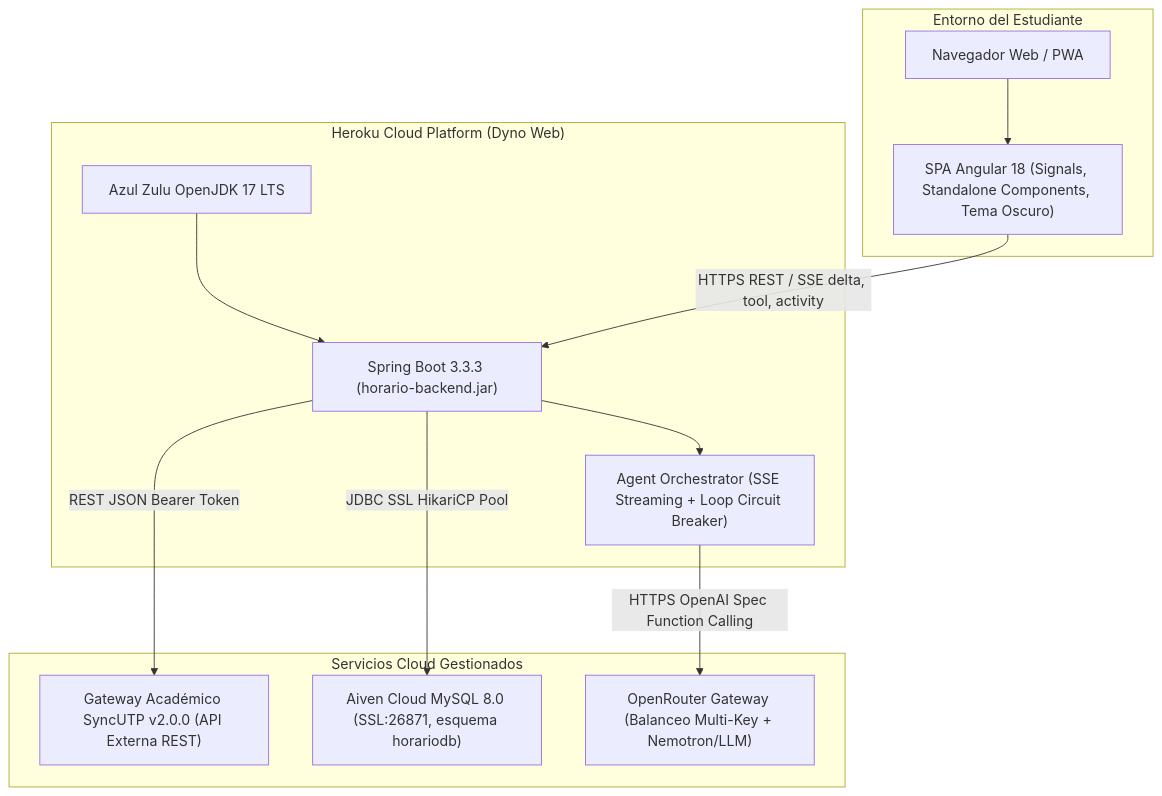
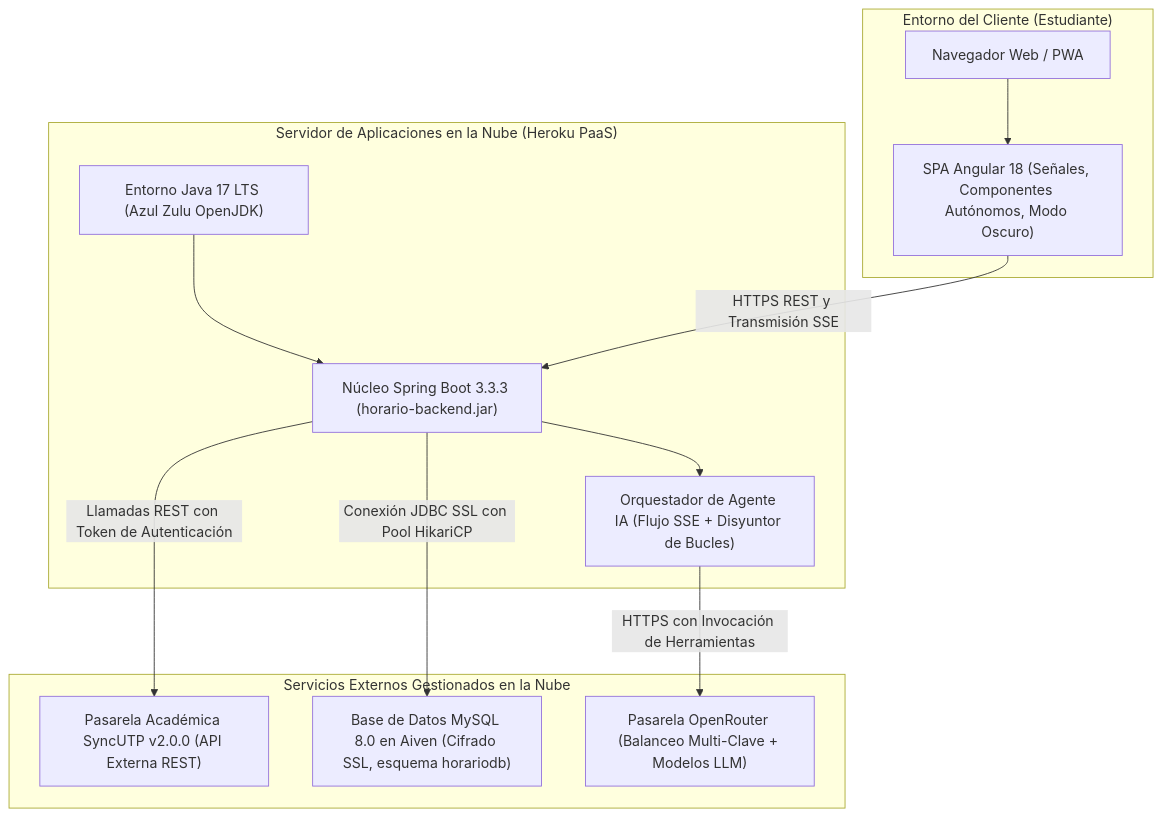
One commit to Joan2022Laurente/horarioInteligente changed the seventh of 9 diagrams in INFORME_TECNICO_PROYECTO.md. Above: the diagram before and after it, drawn with Mermaid.

Commit message:
docs(informe): traducir etiquetas del diagrama de despliegue a espanol academico

````diff
--- a/INFORME_TECNICO_PROYECTO.md
+++ b/INFORME_TECNICO_PROYECTO.md
@@ -690,27 +690,27 @@
 ```mermaid
 flowchart TB
-    subgraph ClientEnvironment["Entorno del Estudiante"]
-        Browser["Navegador Web / PWA"]
-        AngularApp["SPA Angular 18 (Signals, Standalone Components, Tema Oscuro)"]
-        Browser --> AngularApp
+    subgraph EntornoCliente["Entorno del Cliente (Estudiante)"]
+        Navegador["Navegador Web / PWA"]
+        AppAngular["SPA Angular 18 (Señales, Componentes Autónomos, Modo Oscuro)"]
+        Navegador --> AppAngular
     end
 
-    subgraph HerokuPaaS["Heroku Cloud Platform (Dyno Web)"]
-        OpenJDK["Azul Zulu OpenJDK 17 LTS"]
-        SpringApp["Spring Boot 3.3.3 (horario-backend.jar)"]
-        AgentEngine["Agent Orchestrator (SSE Streaming + Loop Circuit Breaker)"]
-        OpenJDK --> SpringApp
-        SpringApp --> AgentEngine
+    subgraph PlataformaServidor["Servidor de Aplicaciones en la Nube (Heroku PaaS)"]
+        EntornoJava["Entorno Java 17 LTS (Azul Zulu OpenJDK)"]
+        AppSpring["Núcleo Spring Boot 3.3.3 (horario-backend.jar)"]
+        MotorAgente["Orquestador de Agente IA (Flujo SSE + Disyuntor de Bucles)"]
+        EntornoJava --> AppSpring
+        AppSpring --> MotorAgente
     end
 
-    subgraph ExternalCloudServices["Servicios Cloud Gestionados"]
-        SyncUtpApi["Gateway Académico SyncUTP v2.0.0 (API Externa REST)"]
-        AivenMySql["Aiven Cloud MySQL 8.0 (SSL:26871, esquema horariodb)"]
-        OpenRouter["OpenRouter Gateway (Balanceo Multi-Key + Nemotron/LLM)"]
+    subgraph ServiciosExternos["Servicios Externos Gestionados en la Nube"]
+        PasarelaSyncUtp["Pasarela Académica SyncUTP v2.0.0 (API Externa REST)"]
+        BaseDatosNube["Base de Datos MySQL 8.0 en Aiven (Cifrado SSL, esquema horariodb)"]
+        PasarelaLLM["Pasarela OpenRouter (Balanceo Multi-Clave + Modelos LLM)"]
     end
 
-    AngularApp -->|HTTPS REST / SSE delta, tool, activity| SpringApp
-    SpringApp -->|REST JSON Bearer Token| SyncUtpApi
-    SpringApp -->|JDBC SSL HikariCP Pool| AivenMySql
-    AgentEngine -->|HTTPS OpenAI Spec Function Calling| OpenRouter
+    AppAngular -->|HTTPS REST y Transmisión SSE| AppSpring
+    AppSpring -->|Llamadas REST con Token de Autenticación| PasarelaSyncUtp
+    AppSpring -->|Conexión JDBC SSL con Pool HikariCP| BaseDatosNube
+    MotorAgente -->|HTTPS con Invocación de Herramientas| PasarelaLLM
 ```
````
